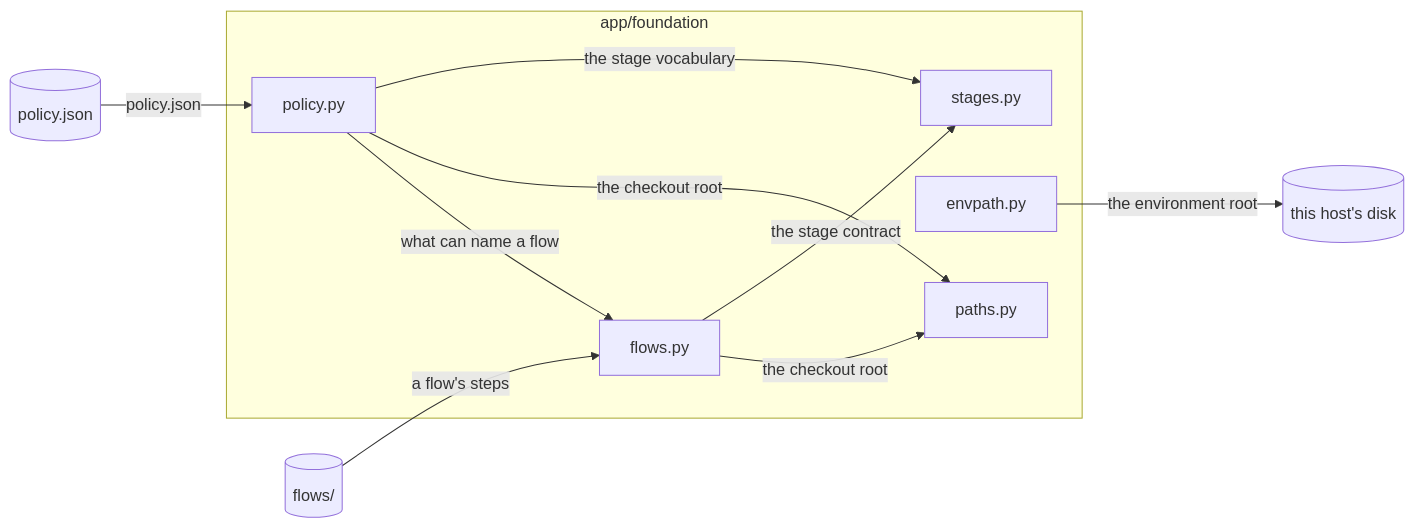
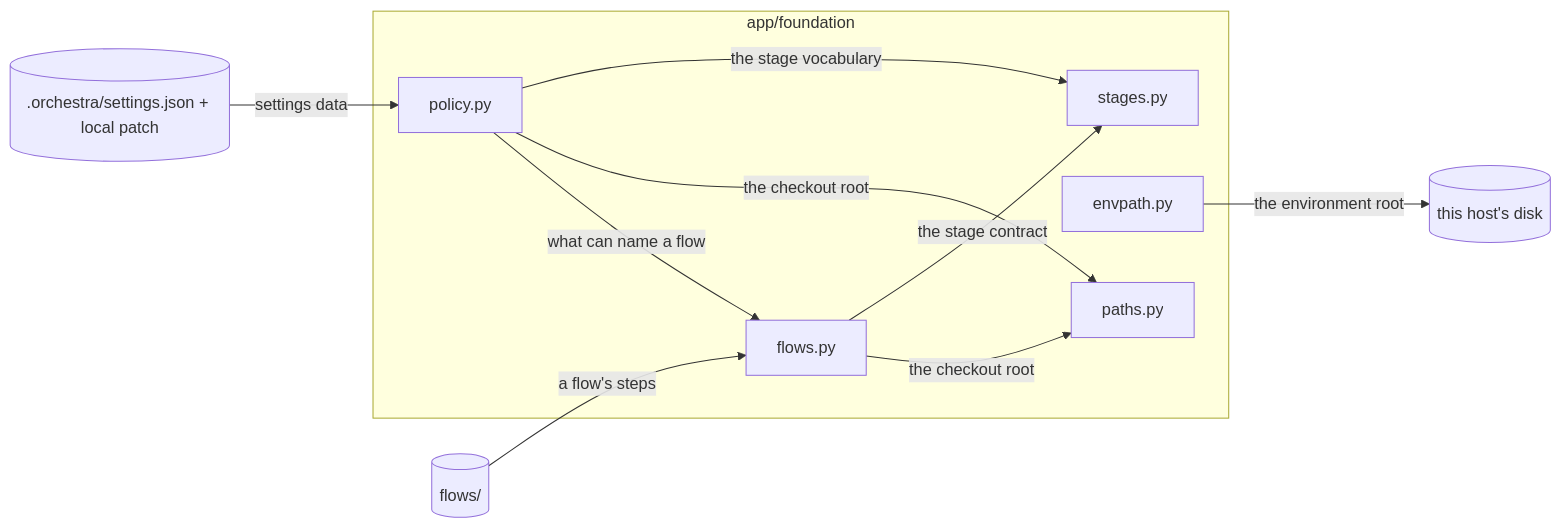
The diagram in app/foundation/docs/architecture/diagrams/main.md (6r0m/orchestra), drawn with Mermaid before and after one commit. The commit also changed 31 other files, not shown here.

First line of the commit message:
Refine the shared settings and review workflows, add skill selection UI, and document the new architecture.

````diff
--- a/app/foundation/docs/architecture/diagrams/main.md
+++ b/app/foundation/docs/architecture/diagrams/main.md
@@ -5,21 +5,21 @@
 ```mermaid
 flowchart LR
     subgraph pkg["app/foundation"]
         paths["paths.py"]
         envpath["envpath.py"]
         policy["policy.py"]
         stages["stages.py"]
         flows["flows.py"]
     end
-    repos_ext[("policy.json")]
+    settings_ext[(".orchestra/settings.json + local patch")]
     flows_ext[("flows/")]
     hostfs[("this host's disk")]
     policy -->|"the stage vocabulary"| stages
     policy -->|"the checkout root"| paths
     policy -->|"what can name a flow"| flows
-    repos_ext -->|"policy.json"| policy
+    settings_ext -->|"settings data"| policy
     flows -->|"the stage contract"| stages
     flows -->|"the checkout root"| paths
     flows_ext -->|"a flow's steps"| flows
     envpath -->|"the environment root"| hostfs
 ```
````
